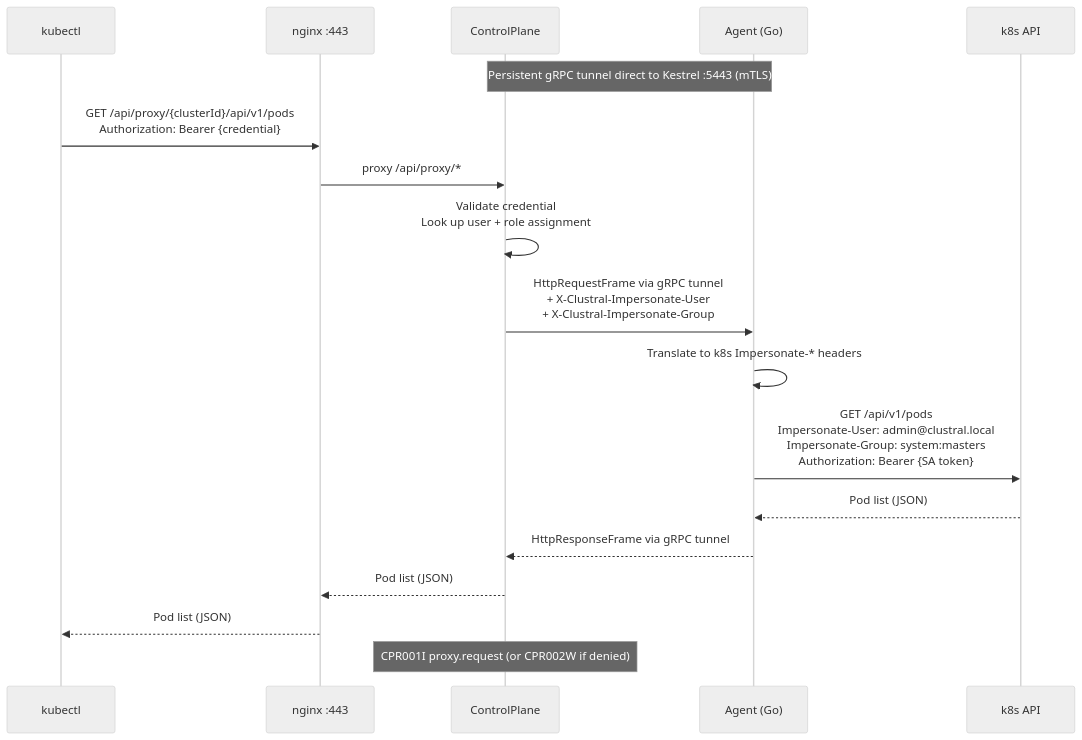
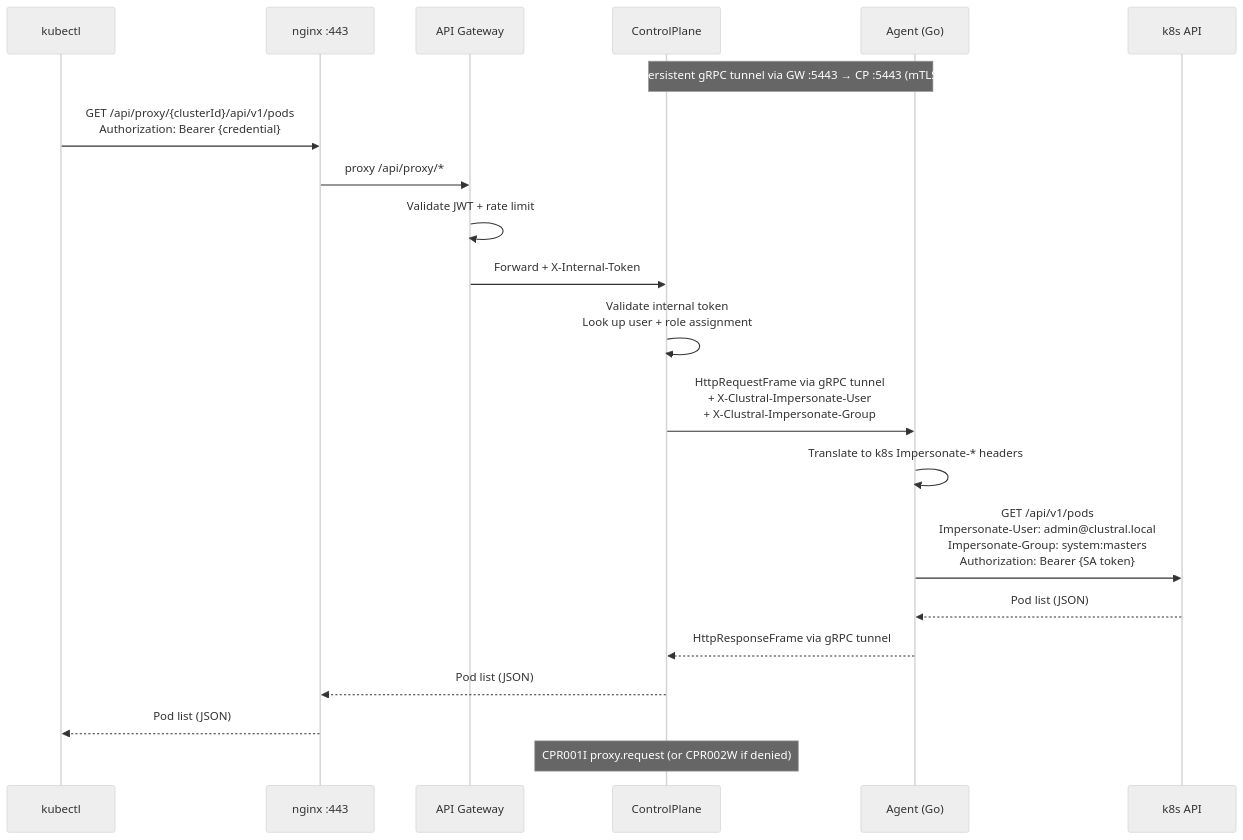
One commit to Clustral/clustral changed the third of 19 diagrams in README.md. Above: the diagram before and after it, drawn with Mermaid (neutral theme). The commit also changed other lines of this file and 3 other files, not shown here.

First line of the commit message:
docs: update README + CLAUDE.md for API Gateway architecture

````diff
--- a/README.md
+++ b/README.md
@@ -103,22 +112,25 @@
 ```mermaid
 sequenceDiagram
     participant kubectl
     participant NGX as nginx :443
+    participant GW as API Gateway
     participant CP as ControlPlane
     participant Agent as Agent (Go)
     participant K8S as k8s API
 
-    Note over Agent,CP: Persistent gRPC tunnel direct to Kestrel :5443 (mTLS)
+    Note over Agent,CP: Persistent gRPC tunnel via GW :5443 → CP :5443 (mTLS)
 
     kubectl->>NGX: GET /api/proxy/{clusterId}/api/v1/pods<br/>Authorization: Bearer {credential}
-    NGX->>CP: proxy /api/proxy/*
-    CP->>CP: Validate credential<br/>Look up user + role assignment
+    NGX->>GW: proxy /api/proxy/*
+    GW->>GW: Validate JWT + rate limit
+    GW->>CP: Forward + X-Internal-Token
+    CP->>CP: Validate internal token<br/>Look up user + role assignment
     CP->>Agent: HttpRequestFrame via gRPC tunnel<br/>+ X-Clustral-Impersonate-User<br/>+ X-Clustral-Impersonate-Group
     Agent->>Agent: Translate to k8s Impersonate-* headers
     Agent->>K8S: GET /api/v1/pods<br/>Impersonate-User: admin@clustral.local<br/>Impersonate-Group: system:masters<br/>Authorization: Bearer {SA token}
     K8S-->>Agent: Pod list (JSON)
     Agent-->>CP: HttpResponseFrame via gRPC tunnel
     CP-->>NGX: Pod list (JSON)
     NGX-->>kubectl: Pod list (JSON)
     Note over CP: CPR001I proxy.request (or CPR002W if denied)
 ```
````
